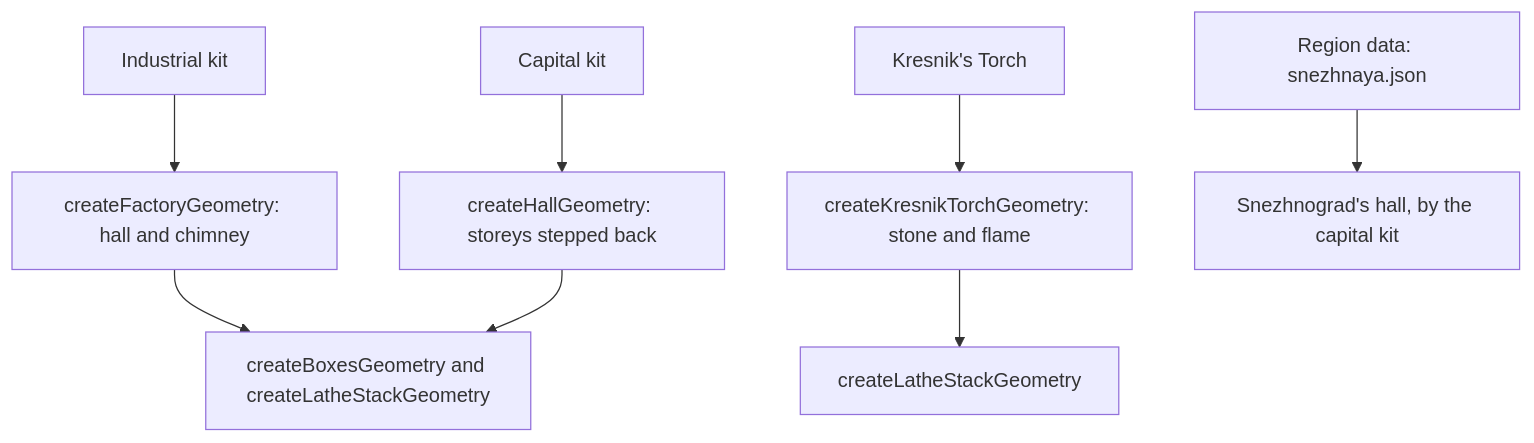
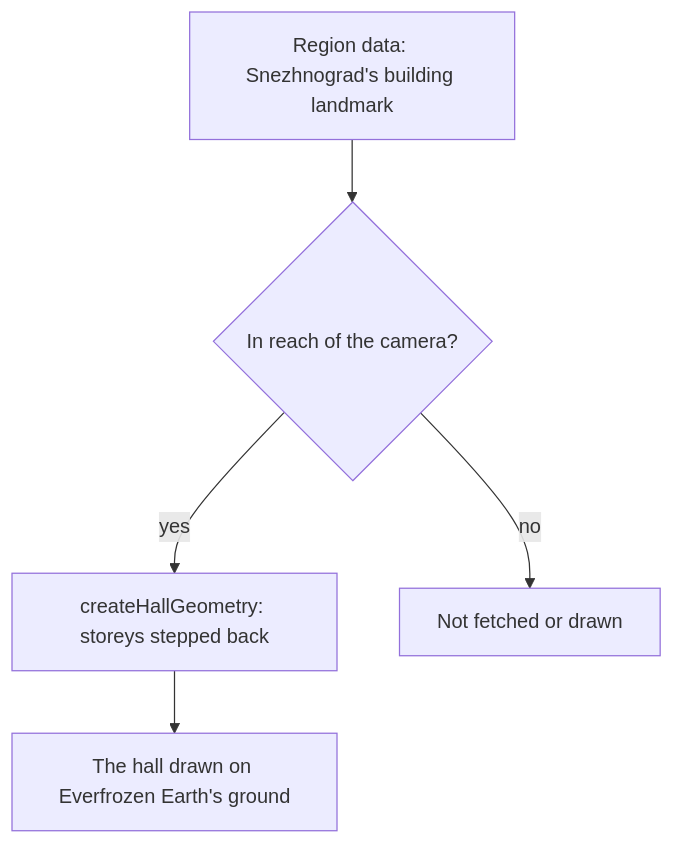
Before and after one commit to Esposter/Esposter: the diagram in openspec/specs/genshin/snezhnaya/design.md, drawn with Mermaid. The commit also changed other lines of this file and 15 other files, not shown here.

````diff
--- a/openspec/specs/genshin/snezhnaya/design.md
+++ b/openspec/specs/genshin/snezhnaya/design.md
@@ -7,10 +7,7 @@
 ```mermaid
 flowchart TD
-  IK[Industrial kit] --> FA[createFactoryGeometry: hall and chimney]
-  CK[Capital kit] --> HA[createHallGeometry: storeys stepped back]
-  TK[Kresnik's Torch] --> TG[createKresnikTorchGeometry: stone and flame]
-  FA --> BX[createBoxesGeometry and createLatheStackGeometry]
-  HA --> BX
-  TG --> LS[createLatheStackGeometry]
-  RD[Region data: snezhnaya.json] --> NL[Snezhnograd's hall, by the capital kit]
+  RD["Region data: Snezhnograd's building landmark"] --> REACH{"In reach of the camera?"}
+  REACH -->|"yes"| HA["createHallGeometry: storeys stepped back"]
+  REACH -->|"no"| WAIT["Not fetched or drawn"]
+  HA --> HALL["The hall drawn on Everfrozen Earth's ground"]
 ```
````
